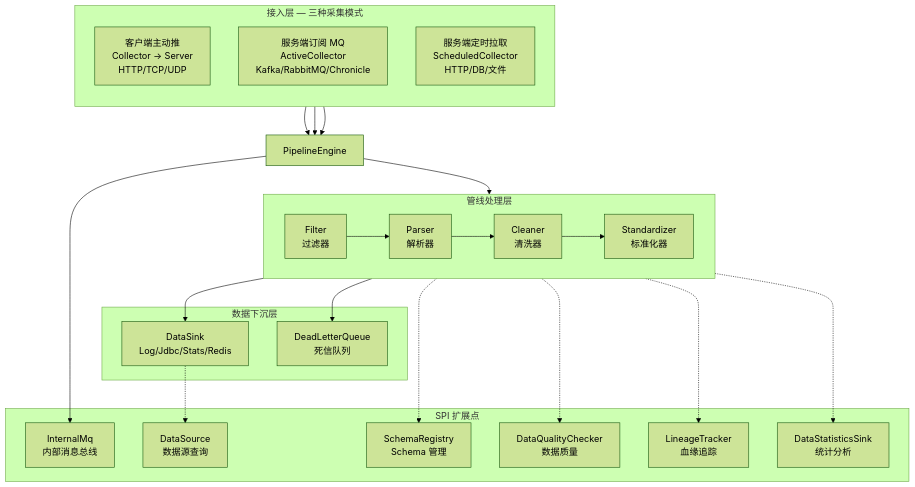
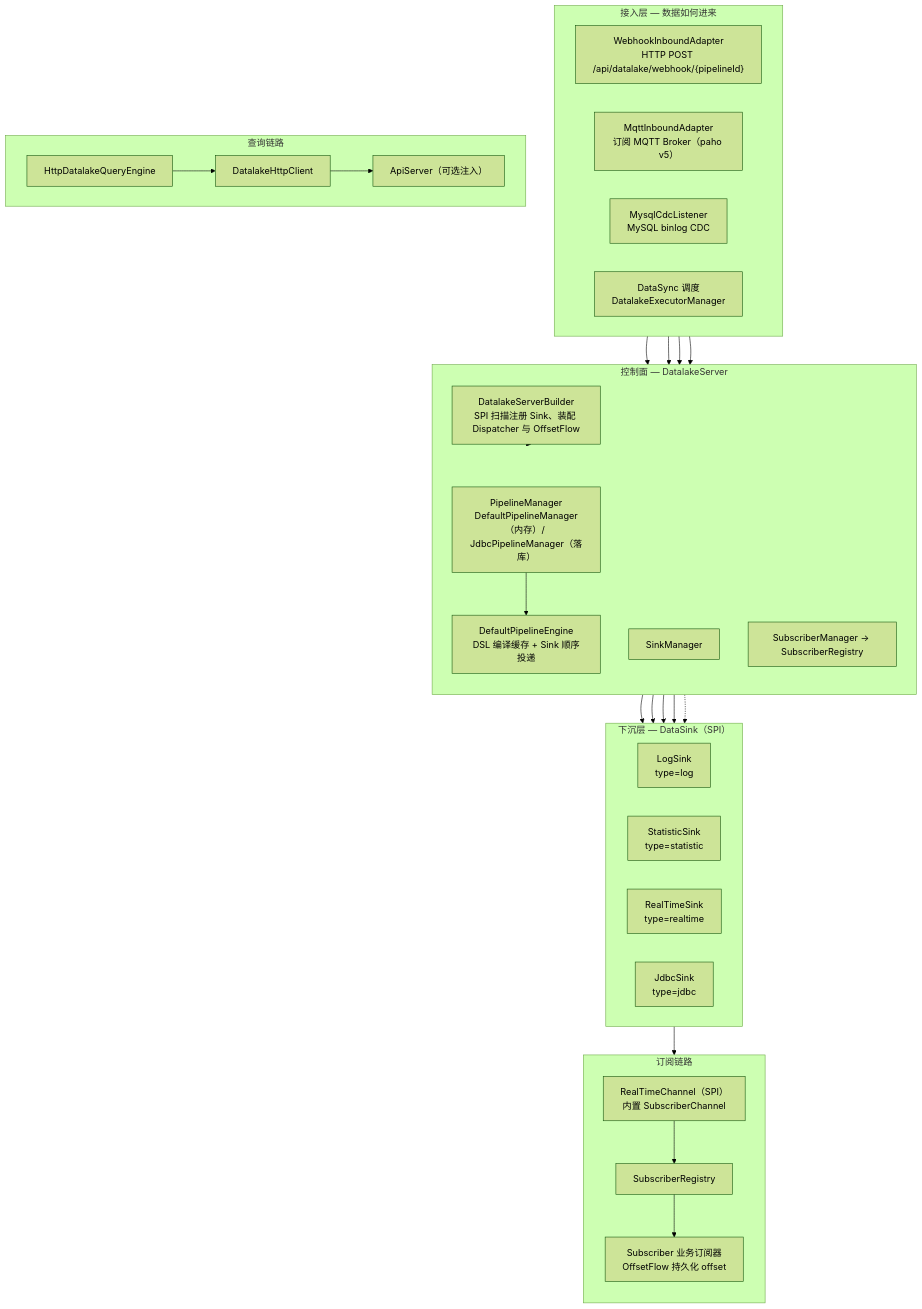
Before and after one commit to CHTK001/utils-support-parent-starter: the first of 2 diagrams in utils-support-datalake-parent/README.md, drawn with Mermaid (forest theme). The commit also changed other lines of this file and 34 other files, not shown here.

````diff
--- a/utils-support-datalake-parent/README.md
+++ b/utils-support-datalake-parent/README.md
@@ -12,45 +12,58 @@
 ```mermaid
 flowchart TB
-    subgraph 接入层["接入层 — 三种采集模式"]
-        direction TB
-        ClientPush["客户端主动推<br/>Collector → Server<br/>HTTP/TCP/UDP"]
-        MQSubscribe["服务端订阅 MQ<br/>ActiveCollector<br/>Kafka/RabbitMQ/Chronicle"]
-        ScheduledPull["服务端定时拉取<br/>ScheduledCollector<br/>HTTP/DB/文件"]
+    subgraph inbound["接入层 — 数据如何进来"]
+        direction LR
+        WH["WebhookInboundAdapter<br/>HTTP POST /api/datalake/webhook/{pipelineId}"]
+        MQA["MqttInboundAdapter<br/>订阅 MQTT Broker（paho v5）"]
+        CDC["MysqlCdcListener<br/>MySQL binlog CDC"]
+        DSS["DataSync 调度<br/>DatalakeExecutorManager"]
     end
 
-    subgraph 管线层["管线处理层"]
-        direction LR
-        Filter["Filter<br/>过滤器"]
-        Parser["Parser<br/>解析器"]
-        Cleaner["Cleaner<br/>清洗器"]
-        Standardizer["Standardizer<br/>标准化器"]
-        Filter --> Parser --> Cleaner --> Standardizer
+    subgraph control["控制面 — DatalakeServer"]
+        direction TB
+        BLD["DatalakeServerBuilder<br/>SPI 扫描注册 Sink、装配 Dispatcher 与 OffsetFlow"]
+        PM["PipelineManager<br/>DefaultPipelineManager（内存）/ JdbcPipelineManager（落库）"]
+        PE["DefaultPipelineEngine<br/>DSL 编译缓存 + Sink 顺序投递"]
+        SM["SinkManager"]
+        SUBM["SubscriberManager → SubscriberRegistry"]
     end
 
-    subgraph 下沉层["数据下沉层"]
-        Sink["DataSink<br/>Log/Jdbc/Stats/Redis"]
-        DLQ["DeadLetterQueue<br/>死信队列"]
+    subgraph sinks["下沉层 — DataSink（SPI）"]
+        direction LR
+        LOG["LogSink<br/>type=log"]
+        STAT["StatisticSink<br/>type=statistic"]
+        RTS["RealTimeSink<br/>type=realtime"]
+        JDBC["JdbcSink<br/>type=jdbc"]
     end
 
-    subgraph SPI["SPI 扩展点"]
-        DataSource["DataSource<br/>数据源查询"]
-        Schema["SchemaRegistry<br/>Schema 管理"]
-        Lineage["LineageTracker<br/>血缘追踪"]
-        Quality["DataQualityChecker<br/>数据质量"]
-        InternalMq["InternalMq<br/>内部消息总线"]
-        Analysis["DataStatisticsSink<br/>统计分析"]
+    subgraph subs["订阅链路"]
+        direction TB
+        CH["RealTimeChannel（SPI）<br/>内置 SubscriberChannel"]
+        REG["SubscriberRegistry"]
+        SUB["Subscriber 业务订阅器<br/>OffsetFlow 持久化 offset"]
     end
 
-    ClientPush --> PipelineEngine["PipelineEngine"]
-    MQSubscribe --> PipelineEngine
-    ScheduledPull --> PipelineEngine
-    PipelineEngine --> 管线层
-    管线层 --> Sink
-    管线层 --> DLQ
-    PipelineEngine --> InternalMq
-    管线层 -.-> Schema
-    管线层 -.-> Quality
-    管线层 -.-> Lineage
-    Sink -.-> DataSource
-    管线层 -.-> Analysis
+    subgraph query["查询链路"]
+        direction LR
+        QE["HttpDatalakeQueryEngine"]
+        HC["DatalakeHttpClient"]
+        API["ApiServer（可选注入）"]
+    end
+
+    WH --> PE
+    MQA --> PE
+    CDC --> PE
+    DSS --> PE
+    BLD --> control
+    PM --> PE
+    SM -.-> sinks
+    PE --> LOG
+    PE --> STAT
+    PE --> JDBC
+    PE --> RTS
+    RTS --> CH
+    CH --> REG
+    REG --> SUB
+    QE --> HC
+    HC --> API
 ```
````
